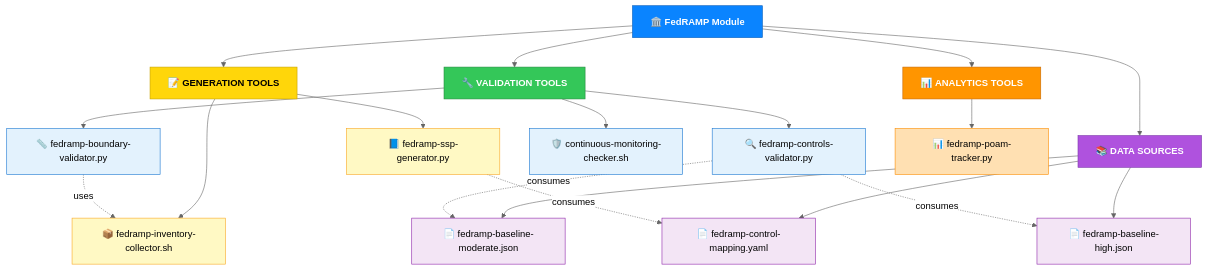
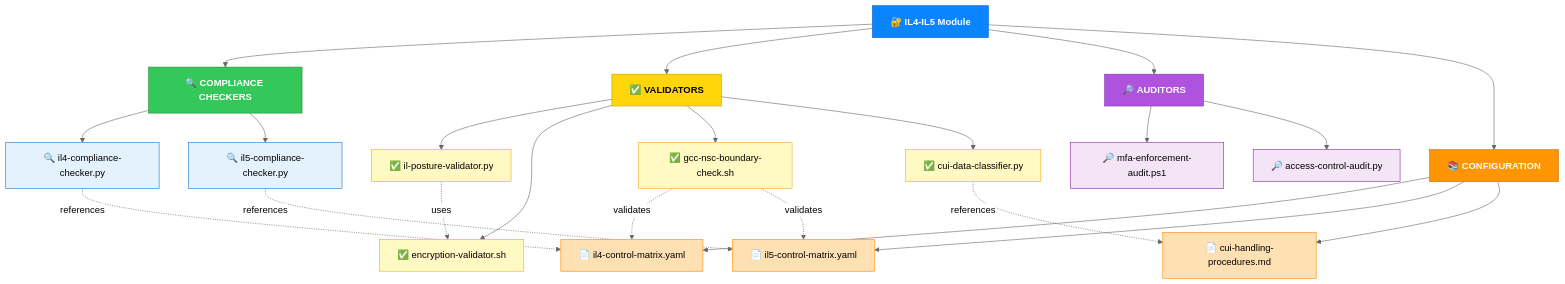
Before and after one commit to Suren-Jewels/Scripts-Toolkit: the first of 4 diagrams in security-compliance/fedramp/README.md, drawn with Mermaid (neutral theme). The commit also changed other lines of this file, not shown here.

````diff
--- a/security-compliance/fedramp/README.md
+++ b/security-compliance/fedramp/README.md
@@ -264,41 +51,47 @@
 ```mermaid
 flowchart TD
-    A[🏛️ <strong>FedRAMP Module</strong>] --> B[🔧 <strong>VALIDATION TOOLS</strong>]
-    A --> C[📝 <strong>GENERATION TOOLS</strong>]
-    A --> D[📊 <strong>ANALYTICS TOOLS</strong>]
-    A --> E[📚 <strong>DATA SOURCES</strong>]
+    A[🔐 <strong>IL4-IL5 Module</strong>] --> B[🔍 <strong>COMPLIANCE CHECKERS</strong>]
+    A --> C[✅ <strong>VALIDATORS</strong>]
+    A --> D[🔎 <strong>AUDITORS</strong>]
+    A --> E[📚 <strong>CONFIGURATION</strong>]
     
-    B --> B1[🔍 fedramp-controls-validator.py]
-    B --> B2[📏 fedramp-boundary-validator.py]
-    B --> B3[🛡️ continuous-monitoring-checker.sh]
+    B --> B1[🔍 il4-compliance-checker.py]
+    B --> B2[🔍 il5-compliance-checker.py]
     
-    C --> C1[📘 fedramp-ssp-generator.py]
-    C --> C2[📦 fedramp-inventory-collector.sh]
+    C --> C1[✅ il-posture-validator.py]
+    C --> C2[✅ encryption-validator.sh]
+    C --> C3[✅ gcc-nsc-boundary-check.sh]
+    C --> C4[✅ cui-data-classifier.py]
     
-    D --> D1[📊 fedramp-poam-tracker.py]
+    D --> D1[🔎 mfa-enforcement-audit.ps1]
+    D --> D2[🔎 access-control-audit.py]
     
-    E --> E1[📄 fedramp-control-mapping.yaml]
-    E --> E2[📄 fedramp-baseline-moderate.json]
-    E --> E3[📄 fedramp-baseline-high.json]
+    E --> E1[📄 il4-control-matrix.yaml]
+    E --> E2[📄 il5-control-matrix.yaml]
+    E --> E3[📄 cui-handling-procedures.md]
     
-    B1 -.->|consumes| E2
-    B1 -.->|consumes| E3
-    C1 -.->|consumes| E1
-    B2 -.->|uses| C2
+    B1 -.->|references| E1
+    B2 -.->|references| E2
+    C4 -.->|references| E3
+    C1 -.->|uses| C2
+    C3 -.->|validates| E1
+    C3 -.->|validates| E2
     
     style A fill:#0A84FF,stroke:#005BBB,color:#fff
     style B fill:#34C759,stroke:#248A3D,color:#fff
     style C fill:#FFD60A,stroke:#C7A100,color:#000
-    style D fill:#FF9500,stroke:#C76800,color:#fff
-    style E fill:#AF52DE,stroke:#7D3BAB,color:#fff
+    style D fill:#AF52DE,stroke:#7D3BAB,color:#fff
+    style E fill:#FF9500,stroke:#C76800,color:#fff
     
     style B1 fill:#E3F2FD,stroke:#1976D2
     style B2 fill:#E3F2FD,stroke:#1976D2
-    style B3 fill:#E3F2FD,stroke:#1976D2
     style C1 fill:#FFF9C4,stroke:#F9A825
     style C2 fill:#FFF9C4,stroke:#F9A825
-    style D1 fill:#FFE0B2,stroke:#FB8C00
-    style E1 fill:#F3E5F5,stroke:#8E24AA
-    style E2 fill:#F3E5F5,stroke:#8E24AA
-    style E3 fill:#F3E5F5,stroke:#8E24AA
+    style C3 fill:#FFF9C4,stroke:#F9A825
+    style C4 fill:#FFF9C4,stroke:#F9A825
+    style D1 fill:#F3E5F5,stroke:#8E24AA
+    style D2 fill:#F3E5F5,stroke:#8E24AA
+    style E1 fill:#FFE0B2,stroke:#FB8C00
+    style E2 fill:#FFE0B2,stroke:#FB8C00
+    style E3 fill:#FFE0B2,stroke:#FB8C00
 ```
````
